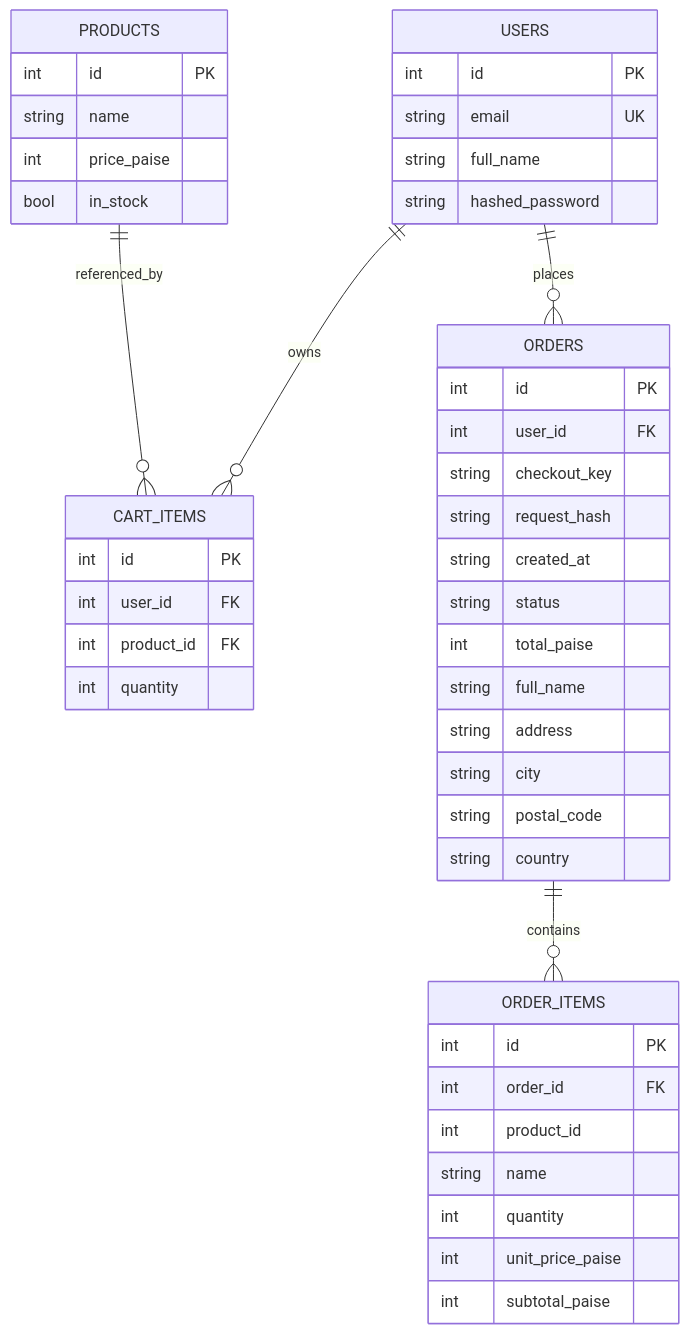
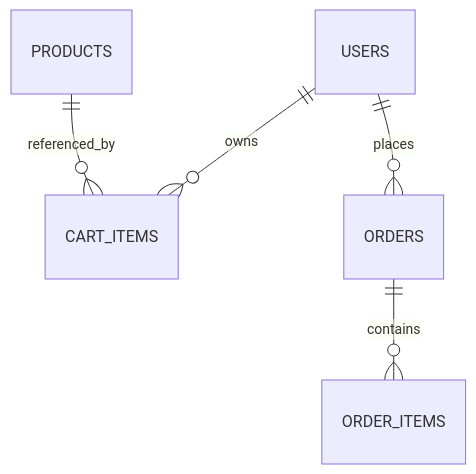
The second of 4 diagrams in output/project/Everyday-LLD.md (skillzee/Ecom-FastAPI-AI), drawn with Mermaid before and after one commit. The commit also changed other lines of this file and 14 other files, not shown here.

````diff
--- a/output/project/Everyday-LLD.md
+++ b/output/project/Everyday-LLD.md
@@ -62,48 +44,8 @@
 ```mermaid
+%% entities
 erDiagram
     USERS ||--o{ CART_ITEMS : owns
     PRODUCTS ||--o{ CART_ITEMS : referenced_by
     USERS ||--o{ ORDERS : places
     ORDERS ||--o{ ORDER_ITEMS : contains
-    USERS {
-        int id PK
-        string email UK
-        string full_name
-        string hashed_password
-    }
-    PRODUCTS {
-        int id PK
-        string name
-        int price_paise
-        bool in_stock
-    }
-    CART_ITEMS {
-        int id PK
-        int user_id FK
-        int product_id FK
-        int quantity
-    }
-    ORDERS {
-        int id PK
-        int user_id FK
-        string checkout_key
-        string request_hash
-        string created_at
-        string status
-        int total_paise
-        string full_name
-        string address
-        string city
-        string postal_code
-        string country
-    }
-    ORDER_ITEMS {
-        int id PK
-        int order_id FK
-        int product_id
-        string name
-        int quantity
-        int unit_price_paise
-        int subtotal_paise
-    }
 ```
````
